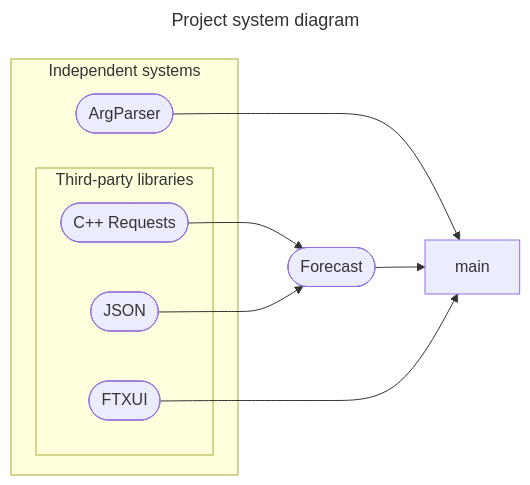
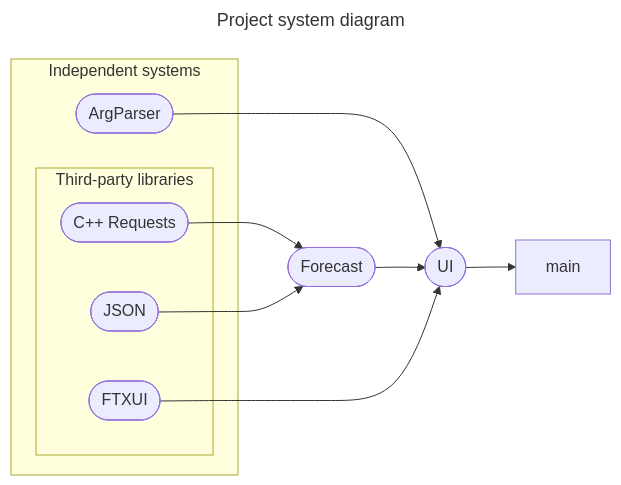
One commit to bialger/weather-forecast changed the first of 4 diagrams in docs/dev/architecture.md. Above: the diagram before and after it, drawn with Mermaid. The commit also changed other lines of this file, not shown here.

Commit message:
Updated architecture: added UI system

````diff
--- a/docs/dev/architecture.md
+++ b/docs/dev/architecture.md
@@ -22,21 +24,23 @@
 ```mermaid
 ---
 title: Project system diagram
 ---
 flowchart LR
     subgraph Independent systems
         nodeArgParser([ArgParser])
         subgraph Third-party libraries
             nodeCPR([C++ Requests])
             nodeJSON([JSON])
             nodeFTXUI([FTXUI])
         end
     end
     nodeForecast([Forecast])
+    nodeUI([UI])
     nodeMain[main]
-    nodeArgParser --> nodeMain
-    nodeForecast --> nodeMain
+    nodeArgParser --> nodeUI
+    nodeForecast --> nodeUI
     nodeCPR --> nodeForecast
     nodeJSON --> nodeForecast
-    nodeFTXUI --> nodeMain
+    nodeFTXUI --> nodeUI
+    nodeUI --> nodeMain
 ```
````
